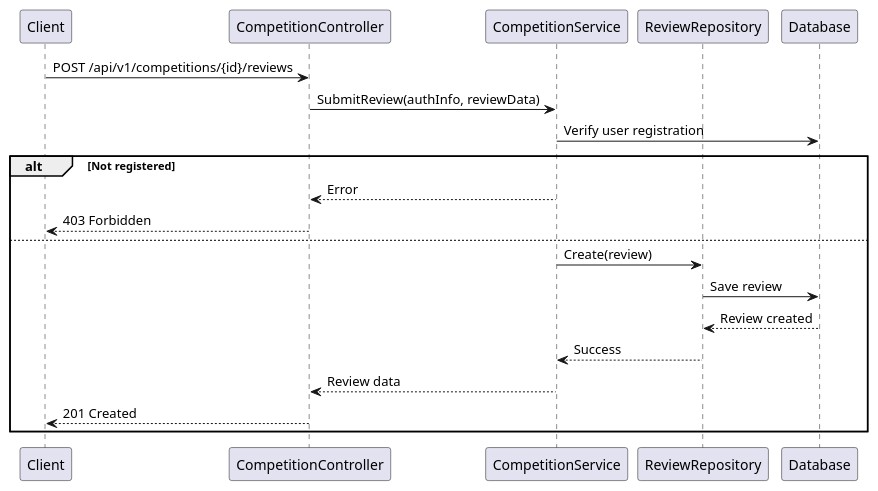
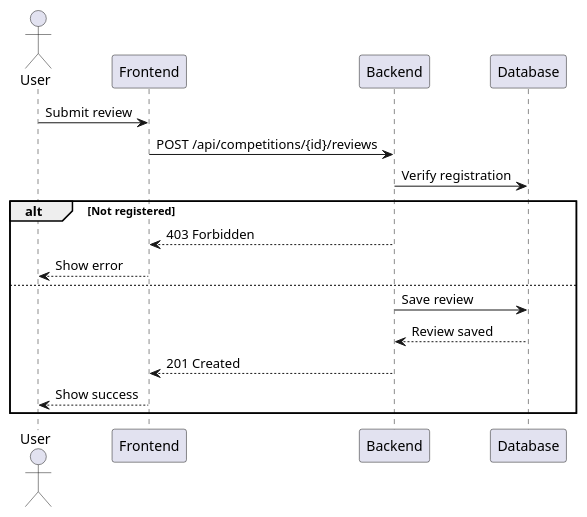
Before and after one commit to YukLomba/BE-YukLomba: the diagram in docs/sequence_diagrams/submit_review.puml, drawn with PlantUML. The commit also changed 15 other files, not shown here.

Commit message:
add diagram

```diff
--- a/docs/sequence_diagrams/submit_review.puml
+++ b/docs/sequence_diagrams/submit_review.puml
@@ -1,22 +1,20 @@
-@startuml
-participant Client
-participant CompetitionController
-participant CompetitionService
-participant ReviewRepository
+@startuml Submit Review
+
+actor User
+participant Frontend
+participant Backend
 participant Database
 
-Client -> CompetitionController: POST /api/v1/competitions/{id}/reviews
-CompetitionController -> CompetitionService: SubmitReview(authInfo, reviewData)
-CompetitionService -> Database: Verify user registration
+User -> Frontend: Submit review
+Frontend -> Backend: POST /api/competitions/{id}/reviews
+Backend -> Database: Verify registration
 alt Not registered
-  CompetitionService --> CompetitionController: Error
-  CompetitionController --> Client: 403 Forbidden
+  Backend --> Frontend: 403 Forbidden
+  Frontend --> User: Show error
 else
-  CompetitionService -> ReviewRepository: Create(review)
-  ReviewRepository -> Database: Save review
-  Database --> ReviewRepository: Review created
-  ReviewRepository --> CompetitionService: Success
-  CompetitionService --> CompetitionController: Review data
-  CompetitionController --> Client: 201 Created
+  Backend -> Database: Save review
+  Database --> Backend: Review saved
+  Backend --> Frontend: 201 Created
+  Frontend --> User: Show success
 end
 @enduml
```
